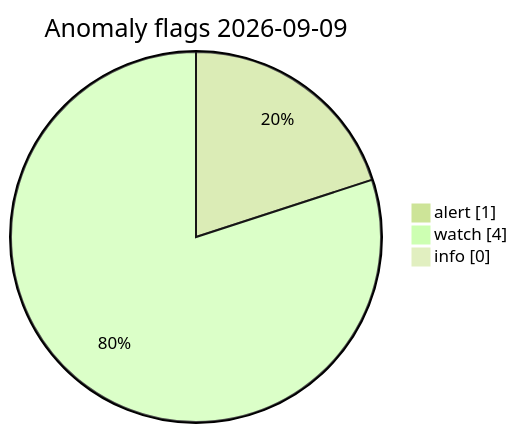
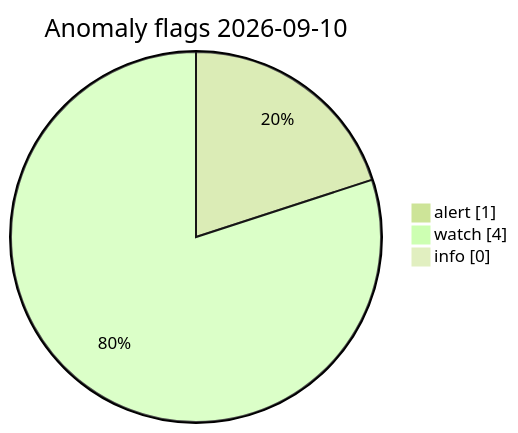
One commit to Midwest-Stratospheric/Unified-Open-Global-Weather changed the diagram in visuals/latest/CHARTS.md. Above: the diagram before and after it, drawn with Mermaid (forest theme). The commit also changed other lines of this file and 11 other files, not shown here.

Commit message:
data(visuals): automated charts 2026-09-10T11:24Z

````diff
--- a/visuals/latest/CHARTS.md
+++ b/visuals/latest/CHARTS.md
@@ -73,7 +73,7 @@
 ```mermaid
 pie showData
-  title Anomaly flags 2026-09-09
+  title Anomaly flags 2026-09-10
   "alert" : 1
   "watch" : 4
   "info" : 0
 ```
````
